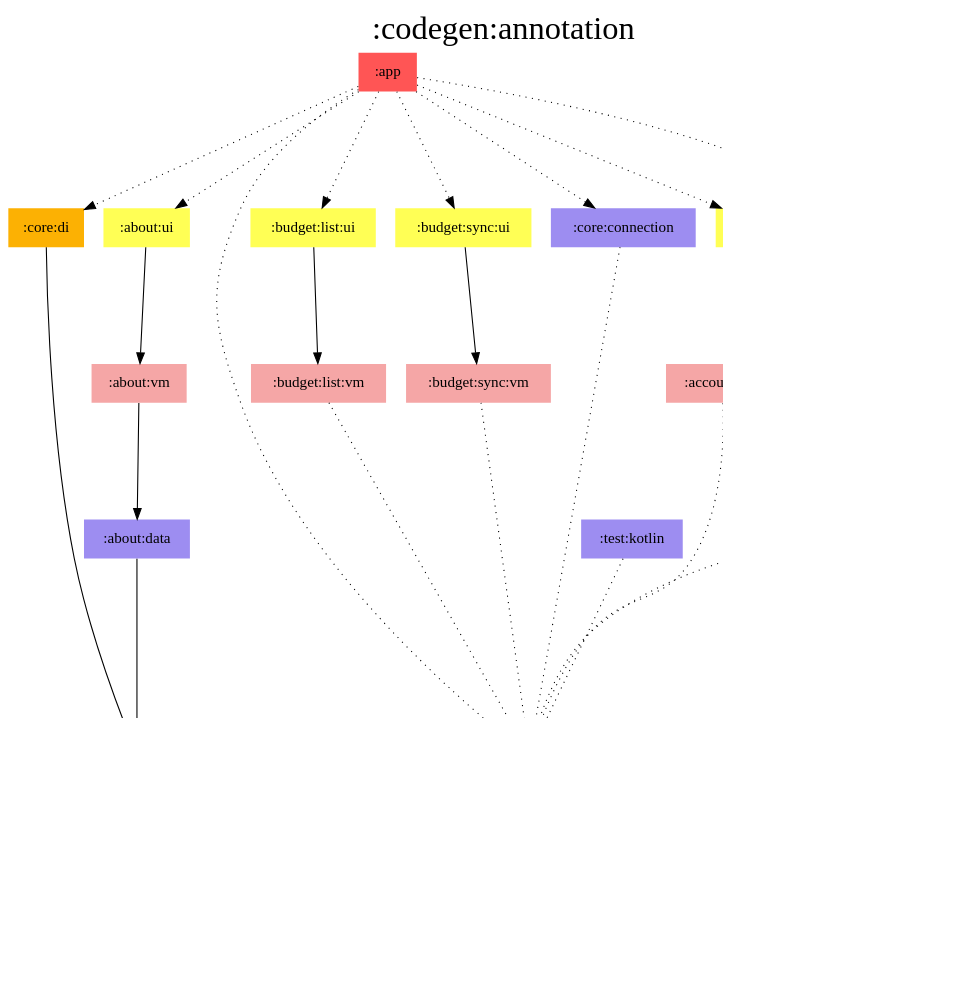
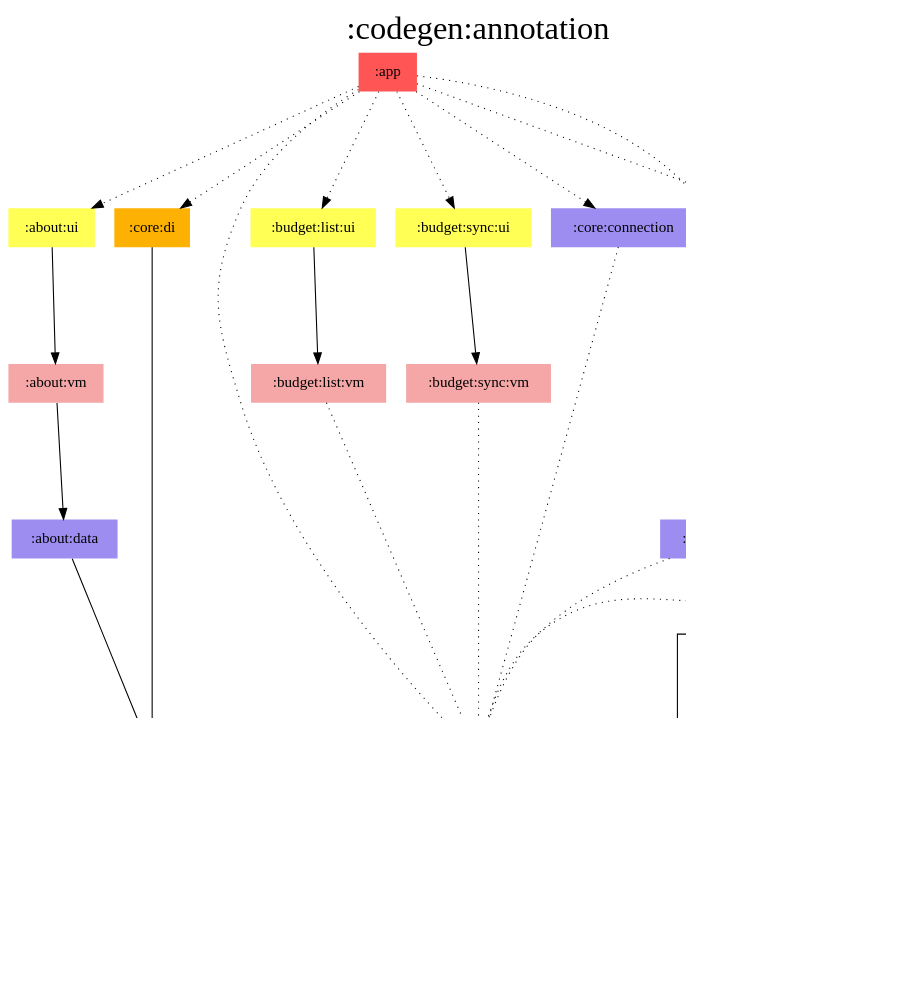
The diagram in modules/codegen/annotation/modules.dot (jonapoul/aktual), drawn with Graphviz before and after one commit. The commit also changed 26 other files, not shown here.

Commit message:
Remove test modules from graphs

```diff
--- a/modules/codegen/annotation/modules.dot
+++ b/modules/codegen/annotation/modules.dot
@@ -1,68 +1,66 @@
 digraph {
 edge ["dir"="forward"]
 graph ["dpi"="100","label"=":codegen:annotation","labelloc"="t","fontsize"="30","ranksep"="1.5","rankdir"="TB"]
 node ["style"="filled"]
 ":about:data" ["fillcolor"="#9D8DF1","shape"="none"]
 ":about:ui" ["fillcolor"="#FFFF55","shape"="none"]
 ":about:vm" ["fillcolor"="#F5A6A6","shape"="none"]
 ":account:domain" ["fillcolor"="#9D8DF1","shape"="none"]
 ":account:ui" ["fillcolor"="#FFFF55","shape"="none"]
 ":account:vm" ["fillcolor"="#F5A6A6","shape"="none"]
 ":api:actual" ["fillcolor"="#9D8DF1","shape"="none"]
 ":api:github" ["fillcolor"="#9D8DF1","shape"="none"]
 ":app" ["fillcolor"="#FF5555","shape"="none"]
 ":budget:list:ui" ["fillcolor"="#FFFF55","shape"="none"]
 ":budget:list:vm" ["fillcolor"="#F5A6A6","shape"="none"]
 ":budget:sync:ui" ["fillcolor"="#FFFF55","shape"="none"]
 ":budget:sync:vm" ["fillcolor"="#F5A6A6","shape"="none"]
 ":codegen:annotation" ["fillcolor"="#9D8DF1","color"="black","penwidth"="3","shape"="box"]
 ":codegen:ksp" ["fillcolor"="#8000FF","shape"="none"]
 ":core:connection" ["fillcolor"="#9D8DF1","shape"="none"]
 ":core:di" ["fillcolor"="#FCB103","shape"="none"]
-":test:kotlin" ["fillcolor"="#9D8DF1","shape"="none"]
 {
 edge ["dir"="none"]
 graph ["rank"="same"]
 ":codegen:annotation"
 }
 ":about:data" -> ":api:github"
 ":about:ui" -> ":about:vm"
 ":about:vm" -> ":about:data"
 ":account:domain" -> ":api:actual" ["style"="dotted"]
 ":account:ui" -> ":account:domain" ["style"="dotted"]
 ":account:ui" -> ":account:vm"
 ":account:vm" -> ":account:domain"
 ":account:vm" -> ":api:actual" ["style"="dotted"]
 ":api:actual" -> ":codegen:annotation" ["style"="dotted"]
 ":api:github" -> ":codegen:annotation" ["style"="dotted"]
 ":app" -> ":about:ui" ["style"="dotted"]
 ":app" -> ":account:domain" ["style"="dotted"]
 ":app" -> ":account:ui" ["style"="dotted"]
 ":app" -> ":api:actual" ["style"="dotted"]
 ":app" -> ":budget:list:ui" ["style"="dotted"]
 ":app" -> ":budget:sync:ui" ["style"="dotted"]
 ":app" -> ":core:connection" ["style"="dotted"]
 ":app" -> ":core:di" ["style"="dotted"]
 ":budget:list:ui" -> ":budget:list:vm"
 ":budget:list:vm" -> ":api:actual" ["style"="dotted"]
 ":budget:sync:ui" -> ":budget:sync:vm"
 ":budget:sync:vm" -> ":api:actual" ["style"="dotted"]
 ":codegen:ksp" -> ":codegen:annotation" ["style"="dotted"]
 ":core:connection" -> ":api:actual" ["style"="dotted"]
 ":core:di" -> ":api:github"
-":test:kotlin" -> ":api:actual" ["style"="dotted"]
 subgraph "cluster_legend" {
 edge ["dir"="none"]
 graph ["label"="Legend","fontsize"="20"]
 "Legend" ["style"="filled","fillcolor"="#FFFFFF","shape"="none","margin"="0","fontsize"="15","label"=<
 <TABLE BORDER="0" CELLBORDER="0" CELLSPACING="0" CELLPADDING="4">
 <TR><TD>App</TD><TD BGCOLOR="#FF5555">module-name</TD></TR>
 <TR><TD>ViewModel</TD><TD BGCOLOR="#F5A6A6">module-name</TD></TR>
 <TR><TD>Hilt</TD><TD BGCOLOR="#FCB103">module-name</TD></TR>
 <TR><TD>Compose</TD><TD BGCOLOR="#FFFF55">module-name</TD></TR>
 <TR><TD>Multiplatform</TD><TD BGCOLOR="#9D8DF1">module-name</TD></TR>
 <TR><TD>JVM</TD><TD BGCOLOR="#8000FF">module-name</TD></TR>
 </TABLE>
 >]
 } -> ":codegen:annotation" ["style"="invis"]
 }
```
